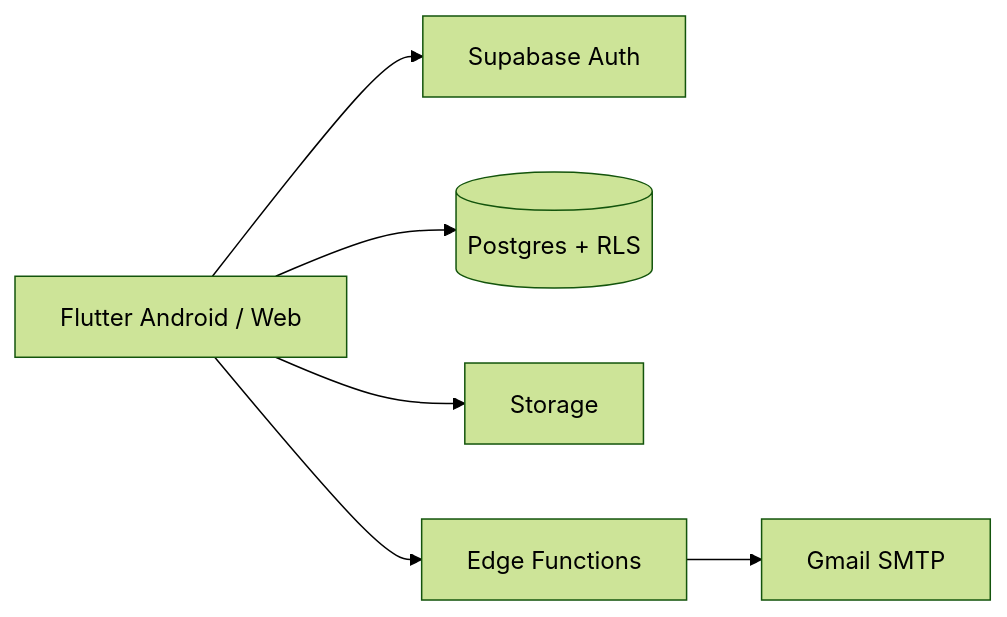
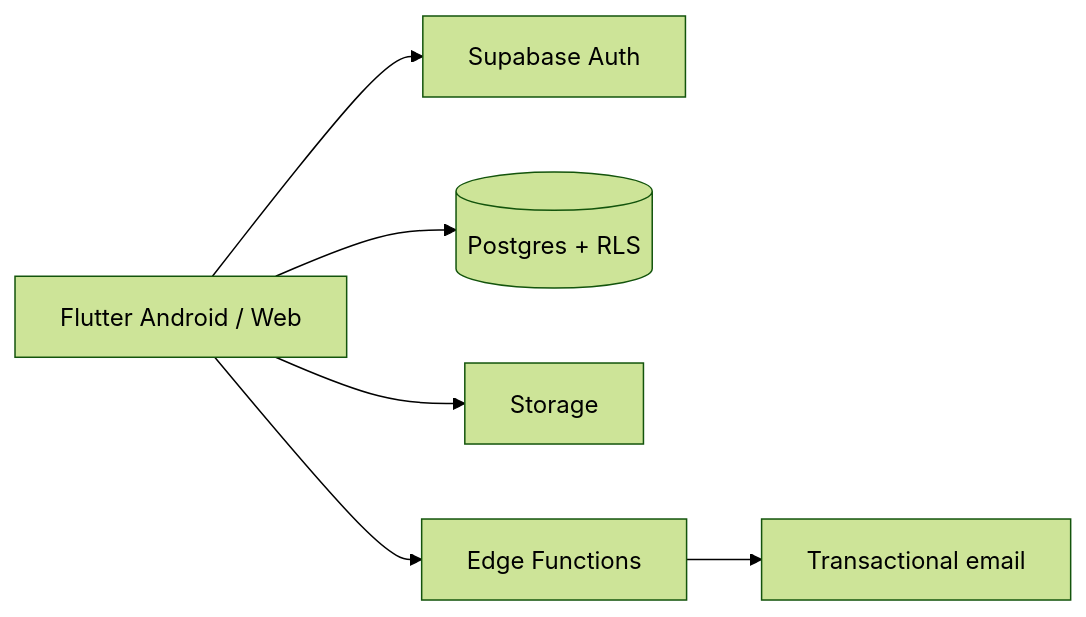
The diagram in README.md (preshan/SYU-Sri-Lanka), drawn with Mermaid (forest theme) before and after one commit. The commit also changed other lines of this file and 5 other files, not shown here.

````diff
--- a/README.md
+++ b/README.md
@@ -36,8 +36,8 @@
 ```mermaid
 flowchart LR
   App[Flutter Android / Web] --> Auth[Supabase Auth]
   App --> DB[(Postgres + RLS)]
   App --> Storage[Storage]
   App --> Edge[Edge Functions]
-  Edge --> Mail[Gmail SMTP]
+  Edge --> Mail[Transactional email]
 ```
````
